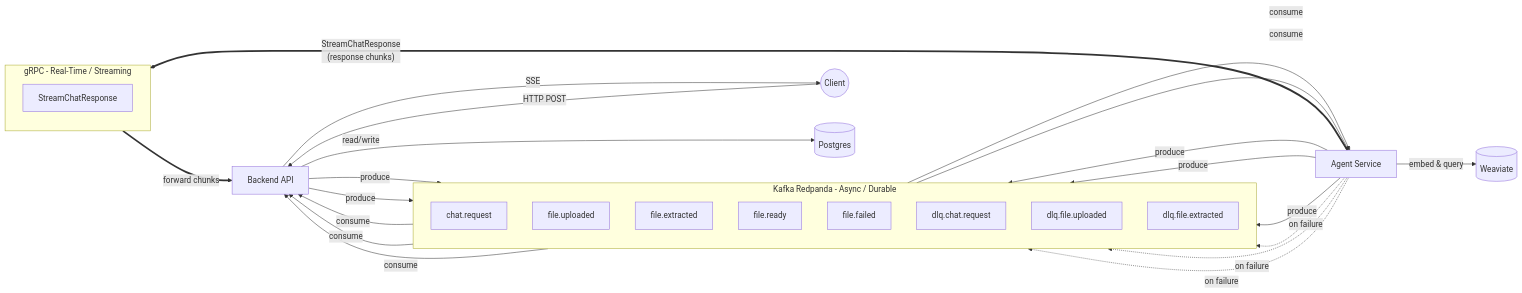
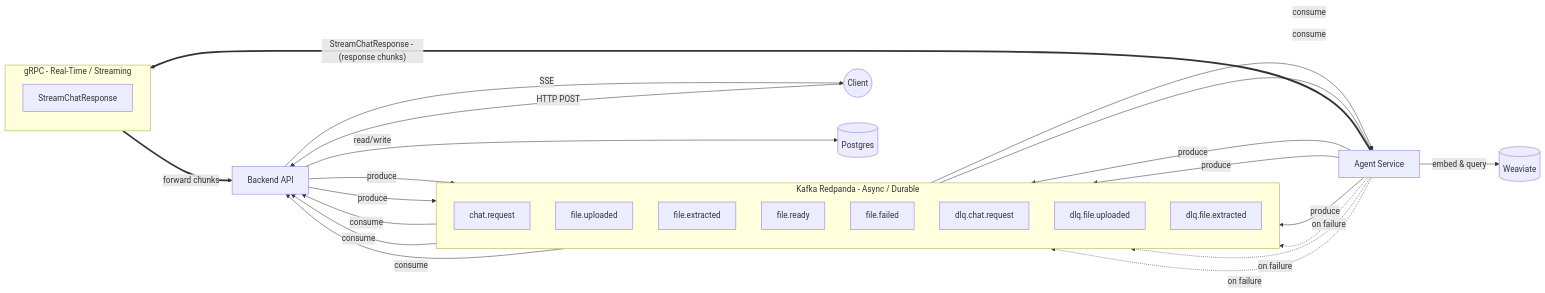
One commit to JackTran15/files-assistant-system changed the sixth of 6 diagrams in docs/scenarios.md. Above: the diagram before and after it, drawn with Mermaid. The commit also changed other lines of this file and 8 other files, not shown here.

````diff
--- a/docs/scenarios.md
+++ b/docs/scenarios.md
@@ -301,49 +301,49 @@
 ```mermaid
 graph LR
     subgraph Kafka_Async["Kafka Redpanda - Async / Durable"]
         direction TB
         T1["chat.request"]
         T2["file.uploaded"]
         T3["file.extracted"]
         T4["file.ready"]
         T5["file.failed"]
         T6["dlq.chat.request"]
         T7["dlq.file.uploaded"]
         T8["dlq.file.extracted"]
     end
 
     subgraph gRPC_RT["gRPC - Real-Time / Streaming"]
         direction TB
         G1["StreamChatResponse"]
     end
 
     Client((Client))
     Backend["Backend API"]
     Agents["Agent Service"]
     Weaviate[("Weaviate")]
     Postgres[("Postgres")]
 
     Client -->|"HTTP POST"| Backend
     Backend -->|"produce"| T1
     Backend -->|"produce"| T2
     T1 -->|"consume"| Agents
     T2 -->|"consume"| Agents
 
     Agents -->|"produce"| T3
     Agents -->|"produce"| T4
     Agents -->|"produce"| T5
     T3 -->|"consume"| Backend
     T4 -->|"consume"| Backend
     T5 -->|"consume"| Backend
 
     Agents -.->|"on failure"| T6
     Agents -.->|"on failure"| T7
     Agents -.->|"on failure"| T8
 
-    Agents ==>|"StreamChatResponse<br/>(response chunks)"| G1
+    Agents ==>|"StreamChatResponse - (response chunks)"| G1
     G1 ==>|"forward chunks"| Backend
     Backend -->|"SSE"| Client
 
     Agents -->|"embed & query"| Weaviate
     Backend -->|"read/write"| Postgres
 ```
````
